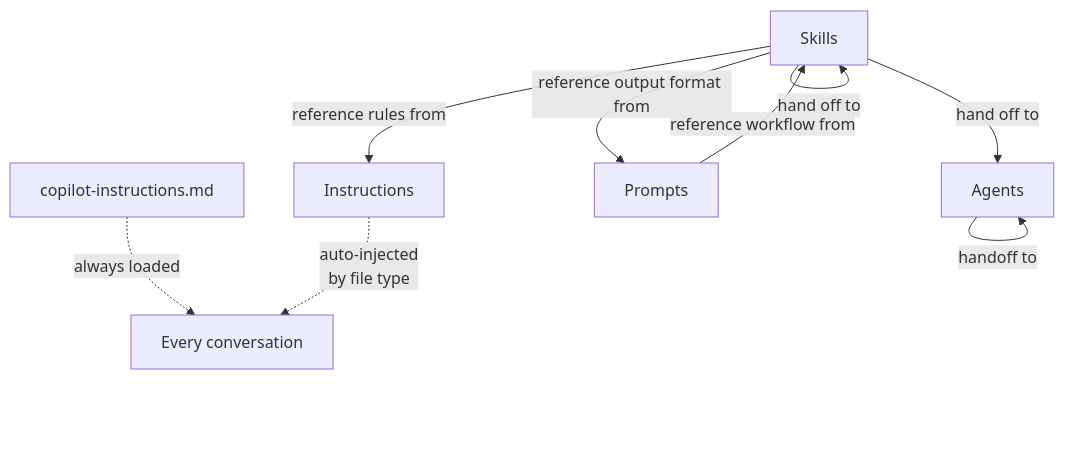
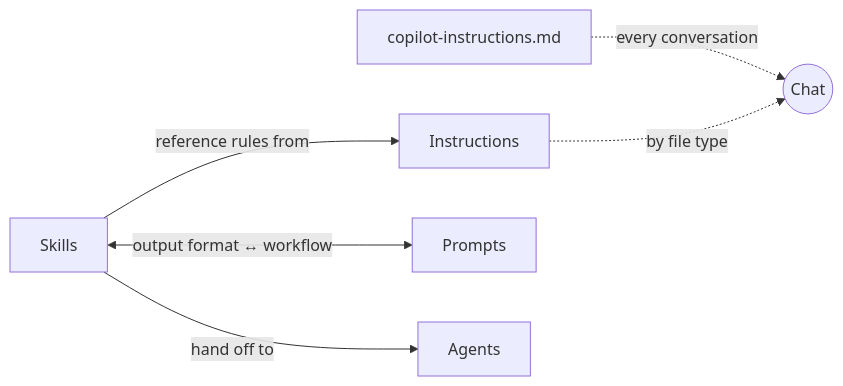
One commit to zexion7873/copilot-setting changed the first of 2 diagrams in README.md. Above: the diagram before and after it, drawn with Mermaid. The commit also changed 1 other file, not shown here.

Commit message:
docs: simplify cross-reference diagram layout (TD → LR)
Remove self-referencing loops and switch to horizontal layout for cleaner rendering.

````diff
--- a/README.md
+++ b/README.md
@@ -69,11 +69,8 @@
 ```mermaid
-flowchart TD
-    CI[copilot-instructions.md] -.->|always loaded| Conv[Every conversation]
-    Inst[Instructions] -.->|auto-injected<br/>by file type| Conv
+flowchart LR
+    CI[copilot-instructions.md] -.->|every conversation| Chat((Chat))
+    Inst[Instructions] -.->|by file type| Chat
     Skills -->|reference rules from| Inst
-    Skills -->|reference output format from| Prompts
-    Prompts -->|reference workflow from| Skills
-    Agents -->|handoff to| Agents
+    Skills <-->|output format ↔ workflow| Prompts
     Skills -->|hand off to| Agents
-    Skills -->|hand off to| Skills
 ```
````
